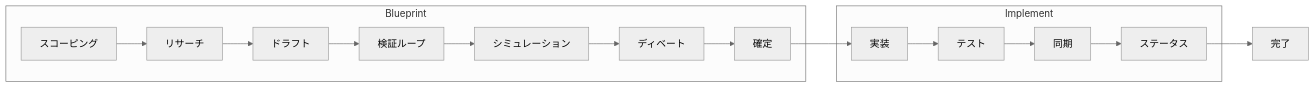
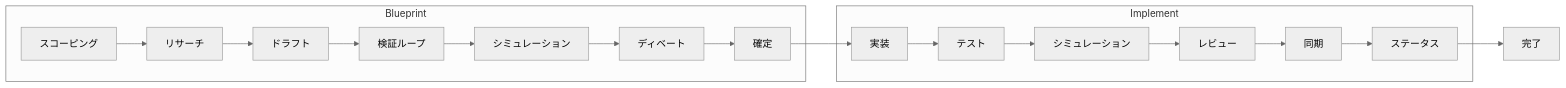
The first of 3 diagrams in README.ja.md (imtemp-dev/claude-forge), drawn with Mermaid (neutral theme) before and after one commit. The commit also changed other lines of this file and 3 other files, not shown here.

First line of the commit message:
Sync READMEs with vision/roadmap, review step, and CLI updates

````diff
--- a/README.ja.md
+++ b/README.ja.md
@@ -32,12 +32,12 @@
 ```mermaid
 flowchart LR
     subgraph Blueprint
         S["スコーピング"] --> R["リサーチ"] --> D["ドラフト"] --> V["検証ループ"]
         V --> SIM["シミュレーション"] --> DB["ディベート"] --> F["確定"]
     end
     subgraph Implement
-        IMP["実装"] --> T["テスト"] --> SY["同期"] --> ST["ステータス"]
+        IMP["実装"] --> T["テスト"] --> CSM["シミュレーション"] --> RV["レビュー"] --> SY["同期"] --> ST["ステータス"]
     end
     F --> IMP
     ST --> DONE["完了"]
 ```
````
